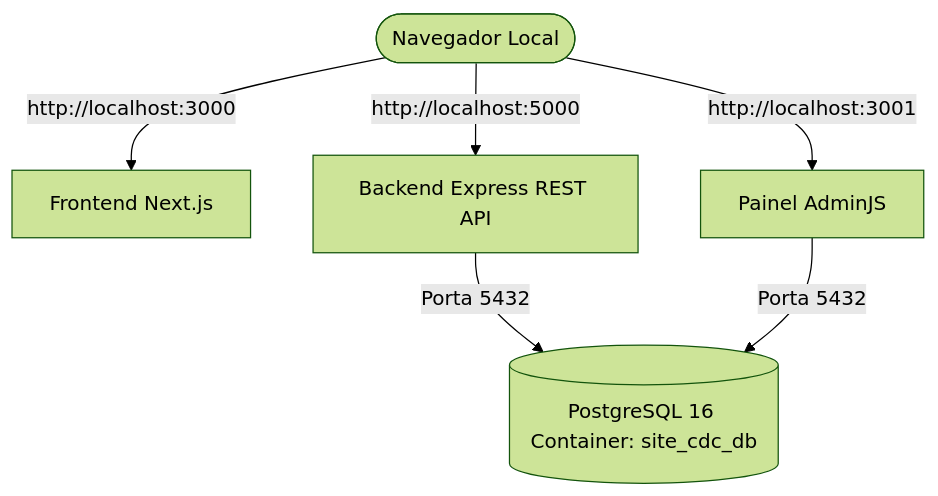
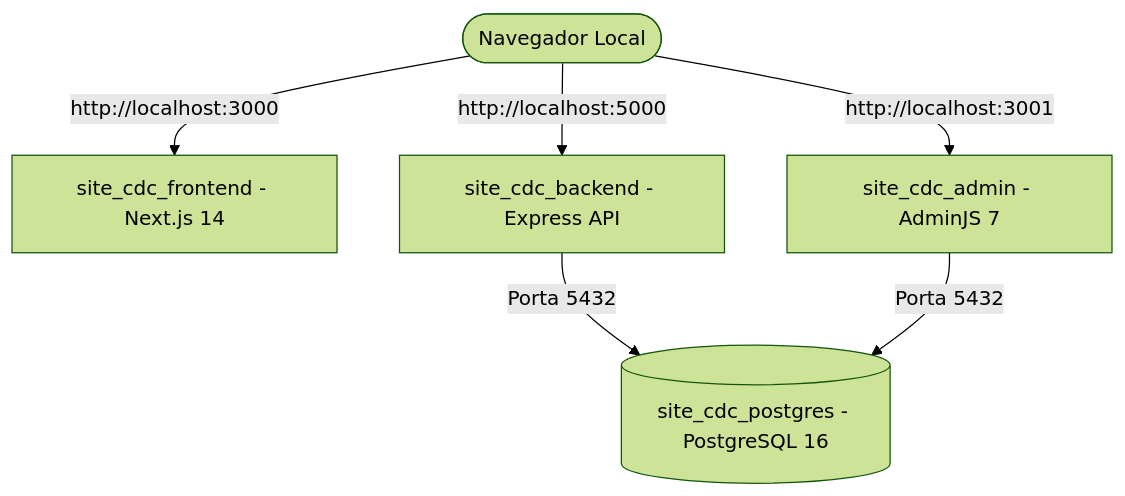
One commit to cdc-org-2025/site-cdc changed the diagram in docs/plano_laboratorio_local.md. Above: the diagram before and after it, drawn with Mermaid (forest theme). The commit also changed other lines of this file, not shown here.

Commit message:
docs: atualiza status confirmando laboratorio local 100% ativo em containers Docker

````diff
--- a/docs/plano_laboratorio_local.md
+++ b/docs/plano_laboratorio_local.md
@@ -16,9 +10,9 @@
 ```mermaid
 graph TD
-    User([Navegador Local]) -->|http://localhost:3000| FE[Frontend Next.js]
-    User -->|http://localhost:3001| Admin[Painel AdminJS]
-    User -->|http://localhost:5000| BE[Backend Express REST API]
+    User([Navegador Local]) -->|http://localhost:3000| FE[site_cdc_frontend - Next.js 14]
+    User -->|http://localhost:3001| Admin[site_cdc_admin - AdminJS 7]
+    User -->|http://localhost:5000| BE[site_cdc_backend - Express API]
     
-    BE -->|Porta 5432| DB[(PostgreSQL 16 Container: site_cdc_db)]
+    BE -->|Porta 5432| DB[(site_cdc_postgres - PostgreSQL 16)]
     Admin -->|Porta 5432| DB
 ```
````
